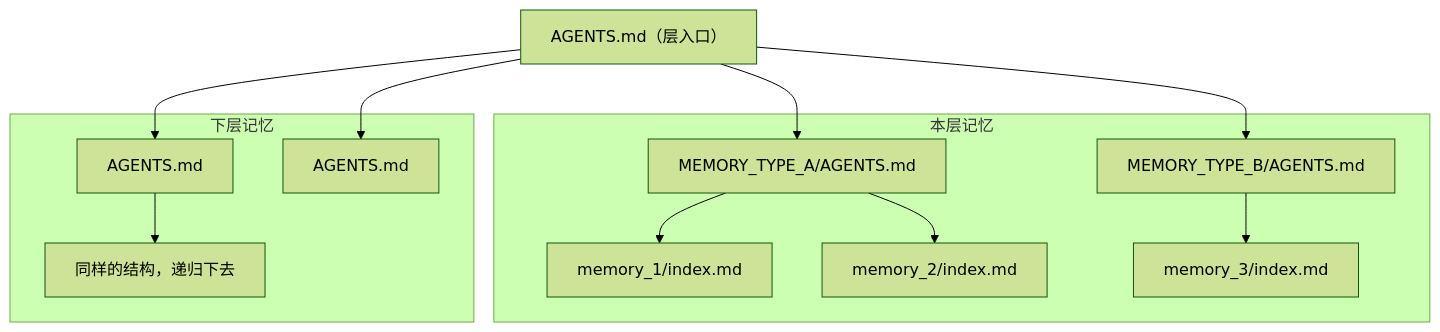
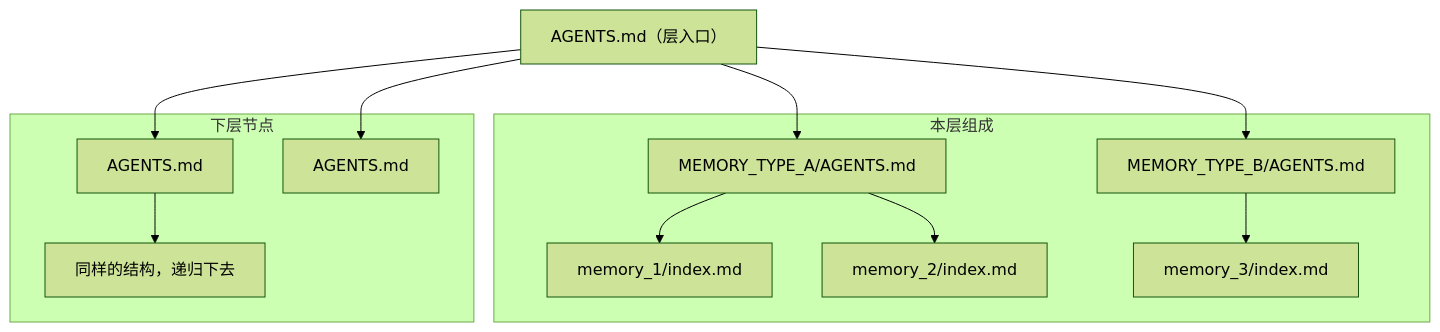
Before and after one commit to VirusPC/edges: the diagram in extensions/skills/project-memory-init/references/PROTOCOL.md, drawn with Mermaid (forest theme). The commit also changed other lines of this file and 3 other files, not shown here.

````diff
--- a/extensions/skills/project-memory-init/references/PROTOCOL.md
+++ b/extensions/skills/project-memory-init/references/PROTOCOL.md
@@ -5,27 +5,27 @@
 ```mermaid
 flowchart TD
     Root["AGENTS.md（层入口）"]
 
-    subgraph localMem [本层记忆]
+    subgraph localMem [本层组成]
         EntryA["MEMORY_TYPE_A/AGENTS.md"]
         EntryB["MEMORY_TYPE_B/AGENTS.md"]
         MemA1["memory_1/index.md"]
         MemA2["memory_2/index.md"]
         MemB1["memory_3/index.md"]
         EntryA --> MemA1
         EntryA --> MemA2
         EntryB --> MemB1
     end
 
-    subgraph children [下层记忆]
+    subgraph children [下层节点]
         Sub1["AGENTS.md"]
         Sub2["AGENTS.md"]
         Dots["同样的结构，递归下去"]
         Sub1 --> Dots
     end
 
     Root --> EntryA
     Root --> EntryB
     Root --> Sub1
     Root --> Sub2
 ```
````
